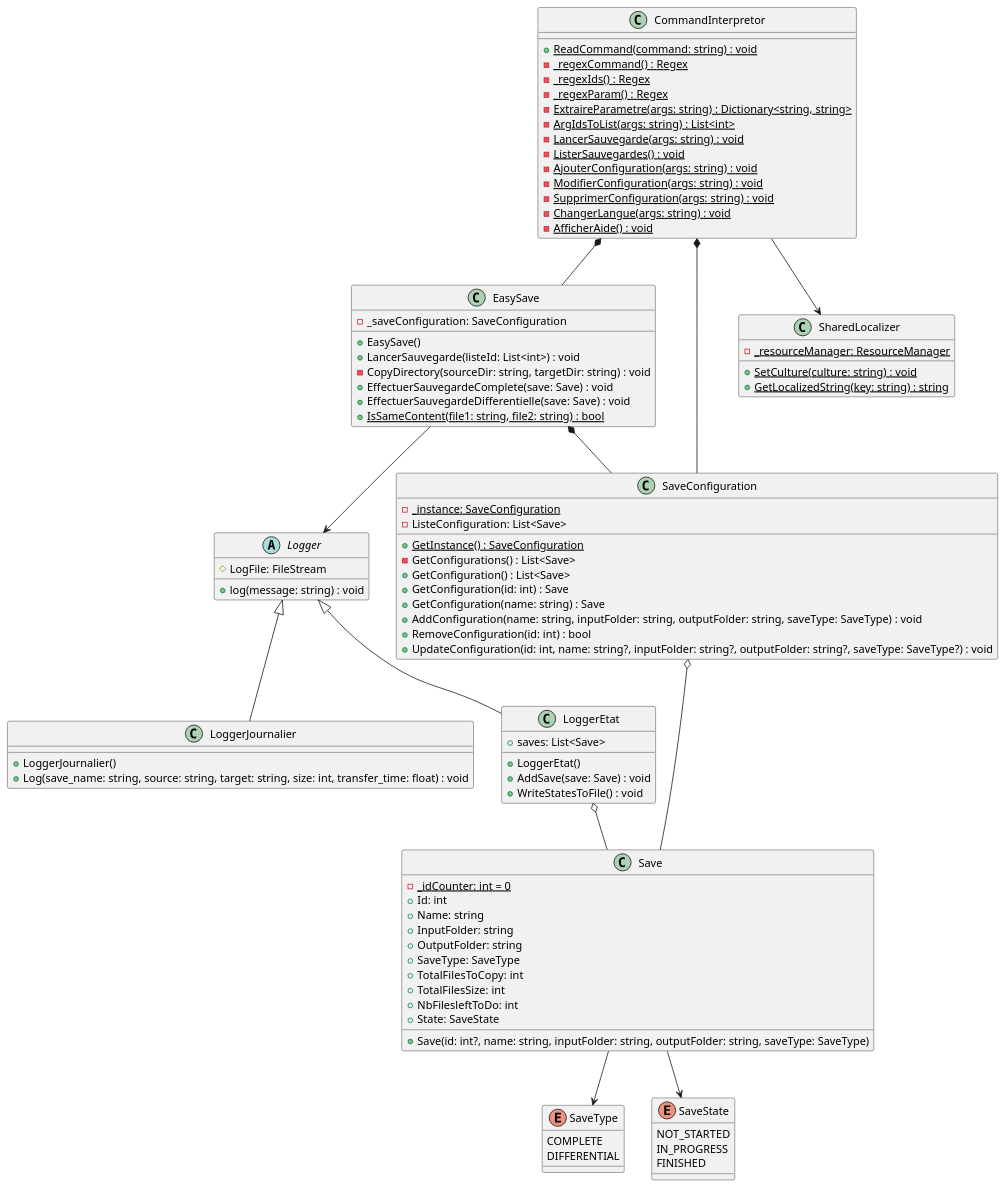
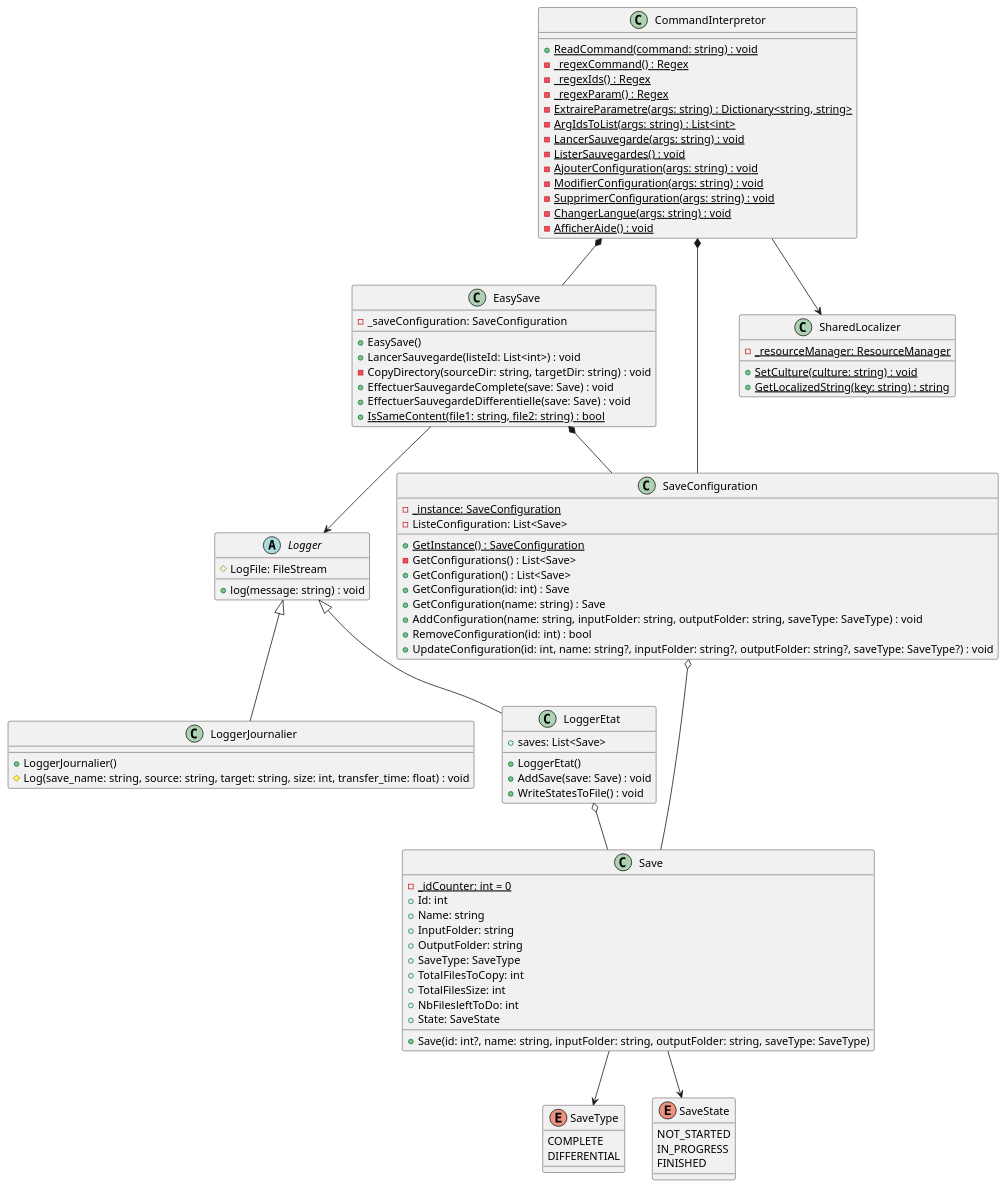
One commit to Melvin-Menanteau/EasySave changed the diagram in UML/ClassDiagram.plantuml. Above: the diagram before and after it, drawn with PlantUML. The commit also changed 1 other file, not shown here.

```diff
--- a/UML/ClassDiagram.plantuml
+++ b/UML/ClassDiagram.plantuml
@@ -1,100 +1,100 @@
 @startuml Diagramme de classe
 abstract class Logger {
     #LogFile: FileStream
     +log(message: string) : void
 }
 
 Logger <|-- LoggerJournalier
 class LoggerJournalier {
     +LoggerJournalier()
-    +Log(save_name: string, source: string, target: string, size: int, transfer_time: float) : void
+    #Log(save_name: string, source: string, target: string, size: int, transfer_time: float) : void
 }
 
 Logger <|-- LoggerEtat
 LoggerEtat o-- Save
 class LoggerEtat {
     +saves: List<Save>
     +LoggerEtat()
     +AddSave(save: Save) : void
     +WriteStatesToFile() : void
 }
 
 EasySave *-- SaveConfiguration
 EasySave --> Logger
 class EasySave {
     -_saveConfiguration: SaveConfiguration
     +EasySave()
     +LancerSauvegarde(listeId: List<int>) : void
     -CopyDirectory(sourceDir: string, targetDir: string) : void
     +EffectuerSauvegardeComplete(save: Save) : void
     +EffectuerSauvegardeDifferentielle(save: Save) : void
     {static}+IsSameContent(file1: string, file2: string) : bool
 }
 
 SaveConfiguration o-- Save
 class SaveConfiguration {
 	{static}-_instance: SaveConfiguration
 	-ListeConfiguration: List<Save>
 	{static}+GetInstance() : SaveConfiguration
 	-GetConfigurations() : List<Save>
 	+GetConfiguration() : List<Save>
 	+GetConfiguration(id: int) : Save
 	+GetConfiguration(name: string) : Save
 	+AddConfiguration(name: string, inputFolder: string, outputFolder: string, saveType: SaveType) : void
 	+RemoveConfiguration(id: int) : bool
 	+UpdateConfiguration(id: int, name: string?, inputFolder: string?, outputFolder: string?, saveType: SaveType?) : void
 }
 
 enum SaveType {
   COMPLETE
   DIFFERENTIAL
 }
 
 enum SaveState {
   NOT_STARTED
   IN_PROGRESS
   FINISHED
 }
 
 Save --> SaveType
 Save --> SaveState
 class Save {
 	{static}-_idCounter: int = 0
 	+Id: int
 	+Name: string
 	+InputFolder: string
 	+OutputFolder: string
 	+SaveType: SaveType
 	+TotalFilesToCopy: int
 	+TotalFilesSize: int
 	+NbFilesleftToDo: int
 	+State: SaveState
 	+Save(id: int?, name: string, inputFolder: string, outputFolder: string, saveType: SaveType)
 
 }
 
 class SharedLocalizer {
 	{static}-_resourceManager: ResourceManager
 	{static}+SetCulture(culture: string) : void
 	{static}+GetLocalizedString(key: string) : string
 }
 
 CommandInterpretor --> SharedLocalizer
 CommandInterpretor *-- SaveConfiguration
 CommandInterpretor *-- EasySave
 class CommandInterpretor {
 	{static}+ReadCommand(command: string) : void
 	{static}-_regexCommand() : Regex
 	{static}-_regexIds() : Regex
 	{static}-_regexParam() : Regex
 	{static}-ExtraireParametre(args: string) : Dictionary<string, string>
 	{static}-ArgIdsToList(args: string) : List<int>
 	{static}-LancerSauvegarde(args: string) : void
 	{static}-ListerSauvegardes() : void
 	{static}-AjouterConfiguration(args: string) : void
 	{static}-ModifierConfiguration(args: string) : void
 	{static}-SupprimerConfiguration(args: string) : void
 	{static}-ChangerLangue(args: string) : void
 	{static}-AfficherAide() : void
 }
 @enduml
```
